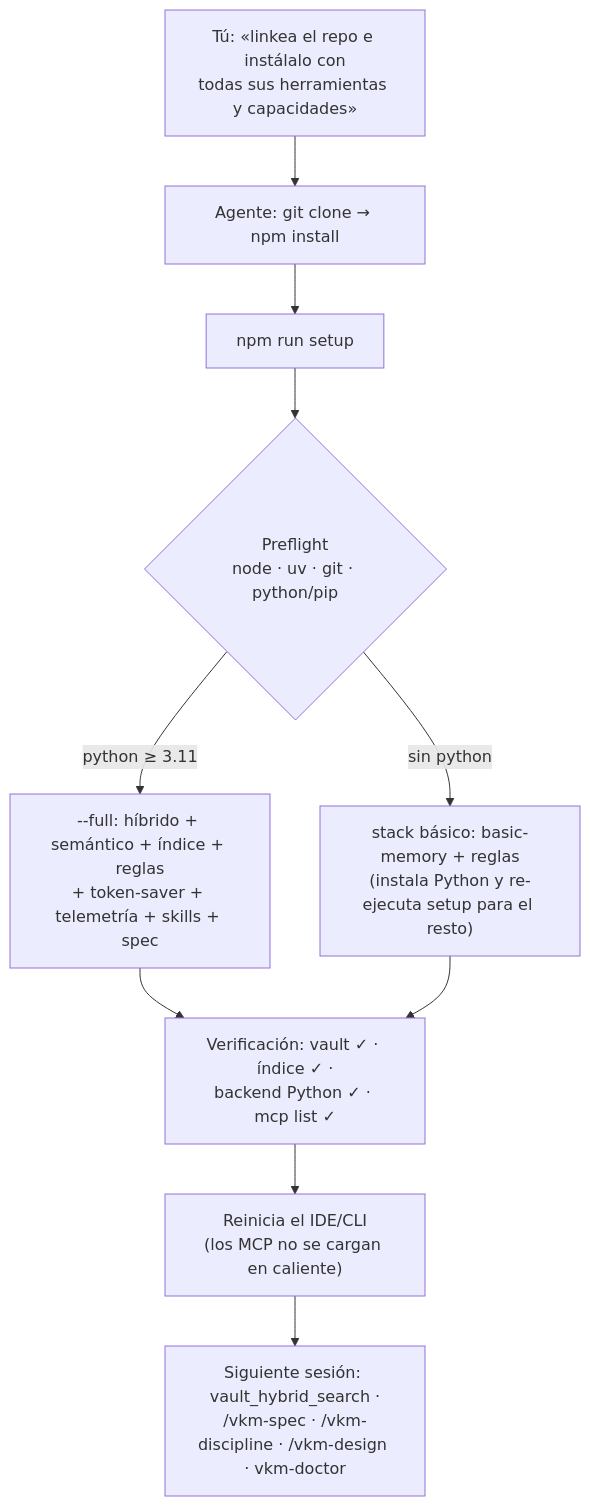
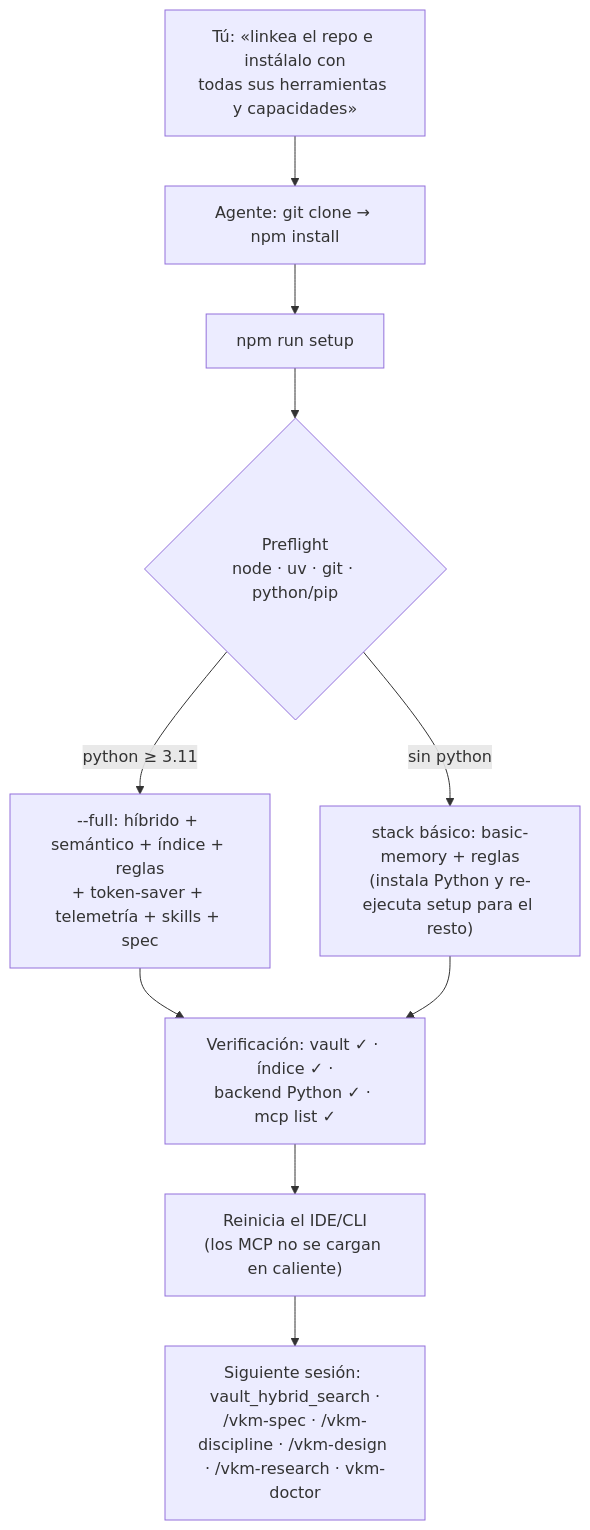
The diagram in docs/es/instalar-con-agente.md (Vahlame/create-vkm-kit), drawn with Mermaid before and after one commit. The commit also changed other lines of this file and 8 other files, not shown here.

First line of the commit message:
docs: list /vkm-research alongside the other three skills

````diff
--- a/docs/es/instalar-con-agente.md
+++ b/docs/es/instalar-con-agente.md
@@ -42,12 +42,12 @@
 ```mermaid
 flowchart TD
   P["Tú: «linkea el repo e instálalo con<br>todas sus herramientas y capacidades»"] --> C["Agente: git clone → npm install"]
   C --> S["npm run setup"]
   S --> PF{"Preflight<br>node · uv · git · python/pip"}
   PF -- "python ≥ 3.11" --> F["--full: híbrido + semántico + índice + reglas<br>+ token-saver + telemetría + skills + spec"]
   PF -- "sin python" --> B["stack básico: basic-memory + reglas<br>(instala Python y re-ejecuta setup para el resto)"]
   F --> V["Verificación: vault ✓ · índice ✓ ·<br>backend Python ✓ · mcp list ✓"]
   B --> V
   V --> R["Reinicia el IDE/CLI<br>(los MCP no se cargan en caliente)"]
-  R --> L["Siguiente sesión: vault_hybrid_search ·<br>/vkm-spec · /vkm-discipline · /vkm-design · vkm-doctor"]
+  R --> L["Siguiente sesión: vault_hybrid_search ·<br>/vkm-spec · /vkm-discipline · /vkm-design · /vkm-research · vkm-doctor"]
 ```
````
